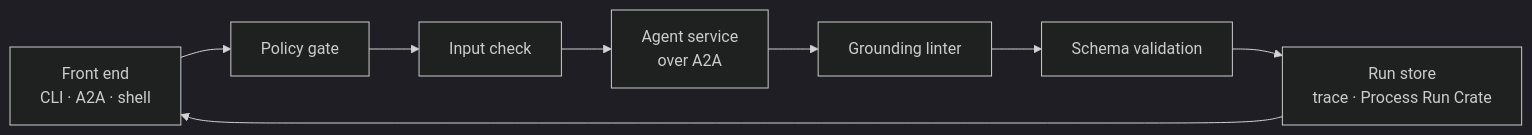
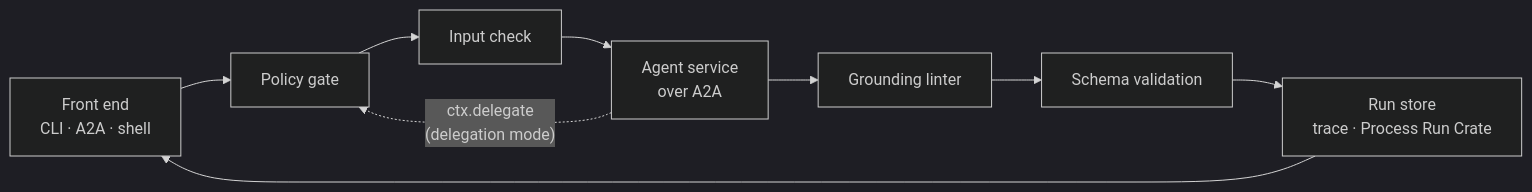
One commit to data-director-agent/data-director changed the diagram in workbench/docs/architecture.md. Above: the diagram before and after it, drawn with Mermaid (dark theme). The commit also changed other lines of this file and 1 other file, not shown here.

First line of the commit message:
docs(workbench): bring architecture overview and samples up to date

````diff
--- a/workbench/docs/architecture.md
+++ b/workbench/docs/architecture.md
@@ -17,10 +17,11 @@
 ```mermaid
 flowchart LR
     T["Front end<br/>CLI · A2A · shell"] --> P[Policy gate]
     P --> I[Input check]
     I --> A["Agent service<br/>over A2A"]
+    A -. "ctx.delegate<br/>(delegation mode)" .-> P
     A --> G[Grounding linter]
     G --> V[Schema validation]
     V --> S["Run store<br/>trace · Process Run Crate"]
     S --> T
 ```
````
